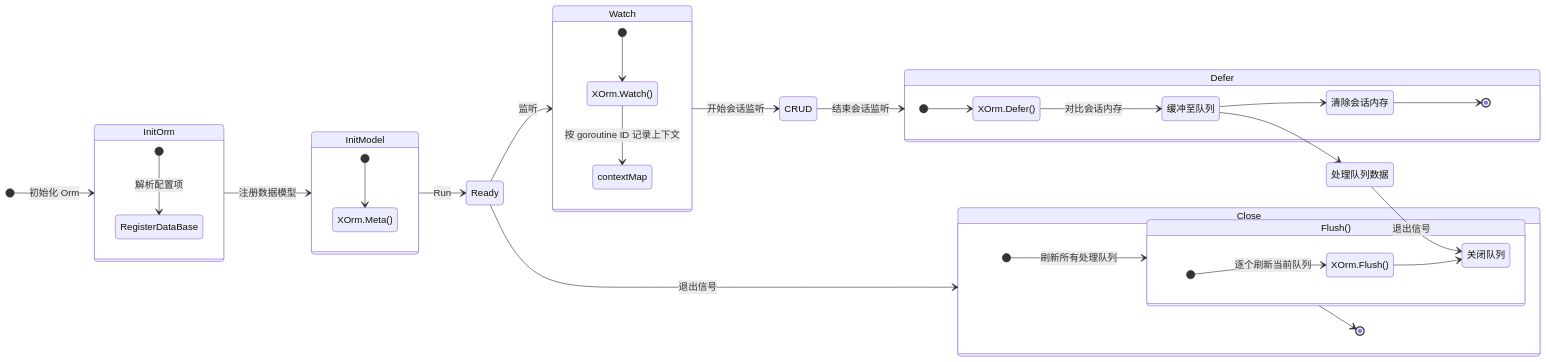
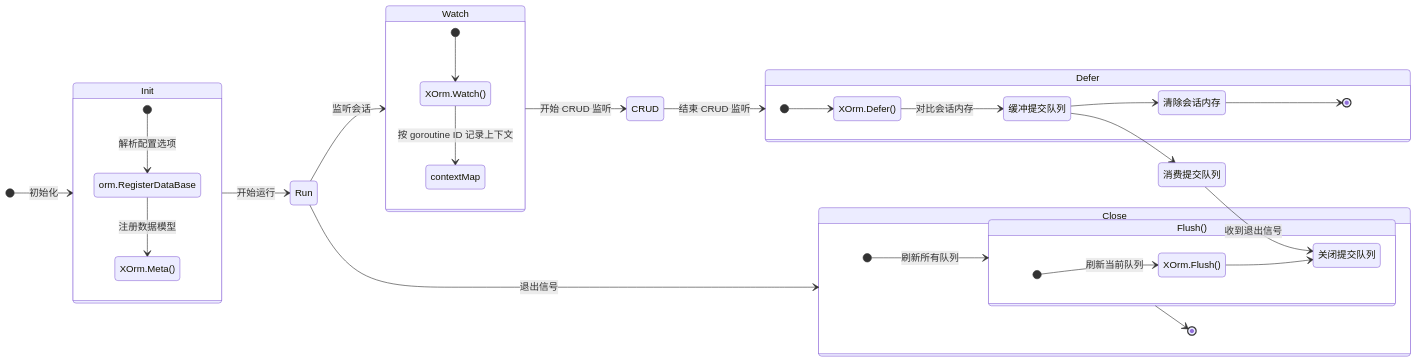
One commit to eframework-org/GO.CRUD changed the first of 2 diagrams in XOrm/README.md. Above: the diagram before and after it, drawn with Mermaid. The commit also changed other lines of this file, not shown here.

Commit message:
docs: 更新 XOrm 模块文档

````diff
--- a/XOrm/README.md
+++ b/XOrm/README.md
@@ -323,50 +323,45 @@
 ```mermaid
 stateDiagram-v2
     direction LR
-    [*] --> InitOrm: 初始化 Orm
-    InitOrm --> InitModel: 注册数据模型
-    InitModel --> Ready: Run
-    Ready --> Watch: 监听
-    Watch --> CRUD: 开始会话监听
-    CRUD --> Defer: 结束会话监听
-    Ready --> Close: 退出信号
+    [*] --> Init: 初始化
+    Init --> Run: 开始运行
+    Run --> Watch: 监听会话
+    Watch --> CRUD: 开始 CRUD 监听
+    CRUD --> Defer: 结束 CRUD 监听
+    Run --> Close: 退出信号
 
-    state InitOrm {
+    state Init {
         direction TB
-        [*] --> RegisterDataBase: 解析配置项
-    }
-
-    state InitModel {
-        direction TB
-        [*] --> XOrm.Meta()
+        [*] --> orm.RegisterDataBase: 解析配置选项
+        orm.RegisterDataBase --> XOrm.Meta(): 注册数据模型
     }
 
     state Watch {
         direction TB
         [*] --> XOrm.Watch()
         XOrm.Watch() --> contextMap: 按 goroutine ID 记录上下文
     }
 
     state Defer {
         direction TB
         [*] --> XOrm.Defer()
-        XOrm.Defer() --> 缓冲至队列: 对比会话内存
-        缓冲至队列 --> 清除会话内存
+        XOrm.Defer() --> 缓冲提交队列: 对比会话内存
+        缓冲提交队列 --> 清除会话内存
         清除会话内存 --> [*]
     }
 
     state Flush(){
         direction TB
-        [*] --> XOrm.Flush(): 逐个刷新当前队列
-        XOrm.Flush() --> 关闭队列
+        [*] --> XOrm.Flush(): 刷新当前队列
+        XOrm.Flush() --> 关闭提交队列
     }
 
     state Close{
         direction TB
-        [*] --> Flush(): 刷新所有处理队列
+        [*] --> Flush(): 刷新所有队列
         Flush() --> [*]
     }
    
-    缓冲至队列 --> 处理队列数据
-    处理队列数据 --> 关闭队列: 退出信号
+    缓冲提交队列 --> 消费提交队列
+    消费提交队列 --> 关闭提交队列: 收到退出信号
 ```
````
